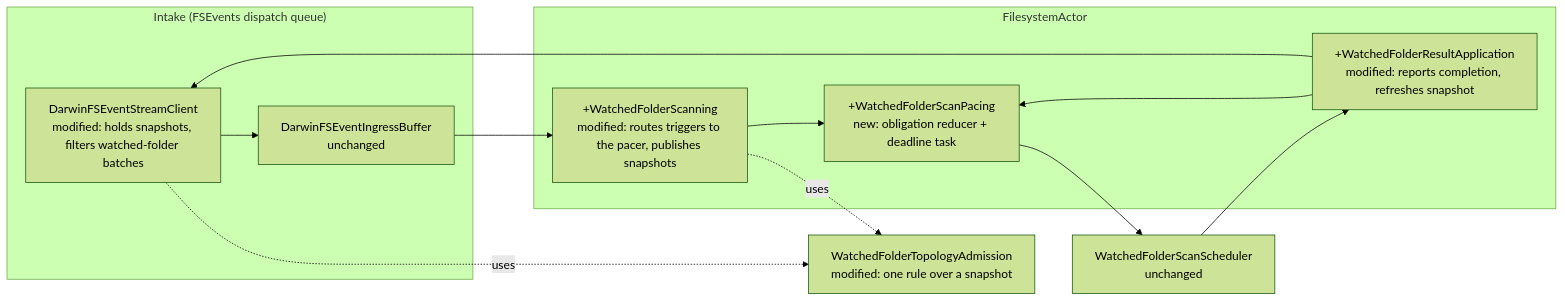
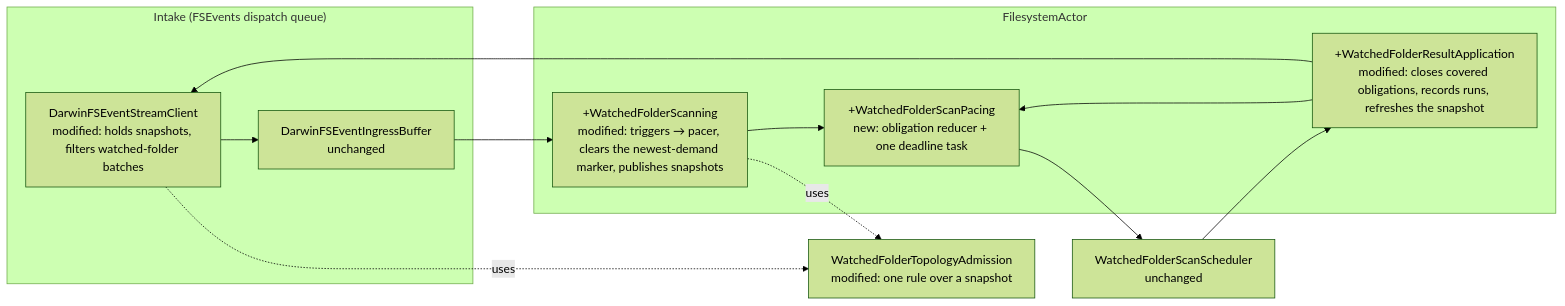
Before and after one commit to getagentstudio/agentstudio: the sixth of 7 diagrams in docs/specs/2026-11-04-fsevents-overload/2026-11-04-fsevents-overload-program-design.md, drawn with Mermaid (forest theme). The commit also changed other lines of this file and 4 other files, not shown here.

````diff
--- a/docs/specs/2026-11-04-fsevents-overload/2026-11-04-fsevents-overload-program-design.md
+++ b/docs/specs/2026-11-04-fsevents-overload/2026-11-04-fsevents-overload-program-design.md
@@ -175,20 +181,20 @@
 ```mermaid
 flowchart LR
   subgraph intake["Intake (FSEvents dispatch queue)"]
     client["DarwinFSEventStreamClient<br/>modified: holds snapshots, filters watched-folder batches"]
     buffer["DarwinFSEventIngressBuffer<br/>unchanged"]
   end
   subgraph actor["FilesystemActor"]
-    ws["+WatchedFolderScanning<br/>modified: routes triggers to the pacer, publishes snapshots"]
-    pacing["+WatchedFolderScanPacing<br/>new: obligation reducer + deadline task"]
-    apply["+WatchedFolderResultApplication<br/>modified: reports completion, refreshes snapshot"]
+    ws["+WatchedFolderScanning<br/>modified: triggers → pacer, clears the newest-demand marker, publishes snapshots"]
+    pacing["+WatchedFolderScanPacing<br/>new: obligation reducer + one deadline task"]
+    apply["+WatchedFolderResultApplication<br/>modified: closes covered obligations, records runs, refreshes the snapshot"]
   end
   rule["WatchedFolderTopologyAdmission<br/>modified: one rule over a snapshot"]
   sched["WatchedFolderScanScheduler<br/>unchanged"]
   client --> buffer --> ws
   client -. uses .-> rule
   ws -. uses .-> rule
   ws --> pacing --> sched
   sched --> apply --> pacing
   apply --> client
 ```
````
